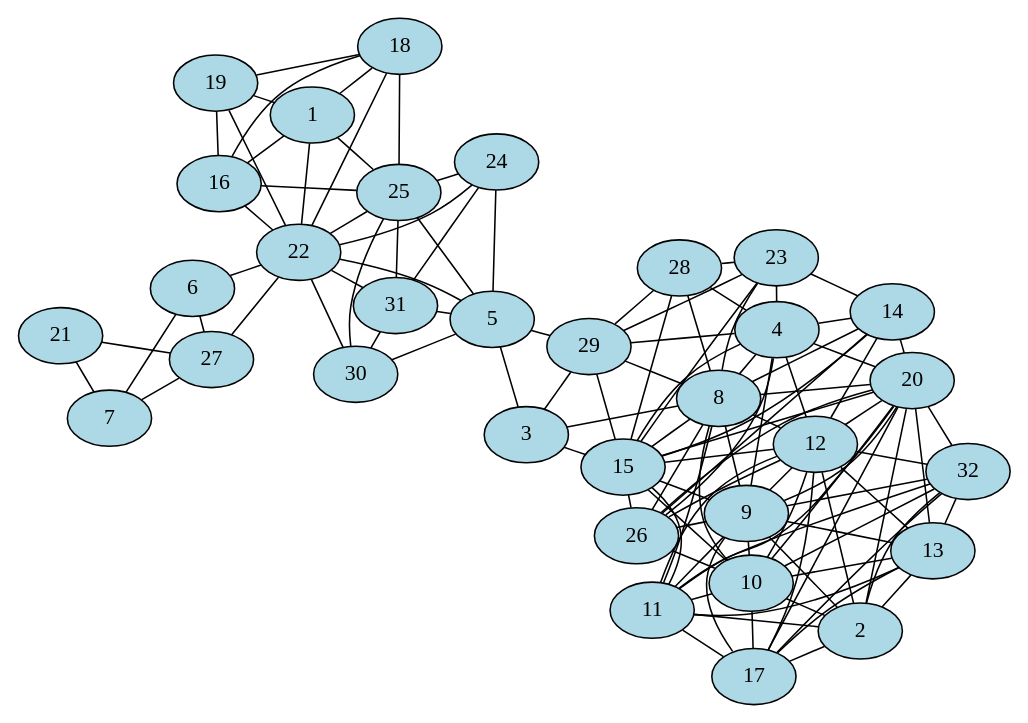
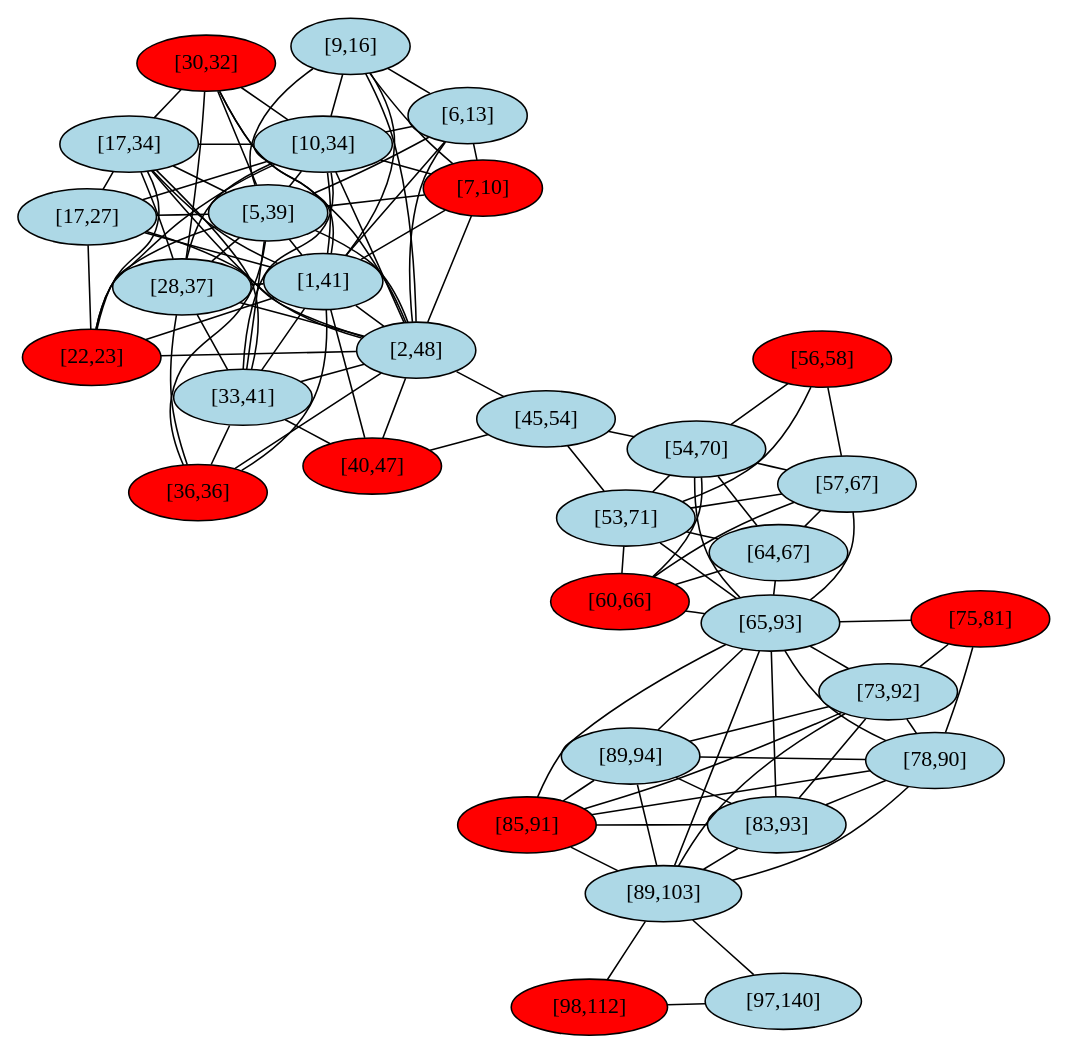
Before and after one commit to atotgerman/DUE_Fscharp: the diagram in intervallumgraf.dot, drawn with Graphviz. The commit also changed 2 other files, not shown here.

```diff
--- a/intervallumgraf.dot
+++ b/intervallumgraf.dot
@@ -1,154 +1,147 @@
 graph G {
   layout=neato;
   overlap=false;
   splines=true;
-  1 [label="1", style=filled, fillcolor=lightblue, tooltip="[21,38]"];
-  2 [label="2", style=filled, fillcolor=lightblue, tooltip="[99,125]"];
-  3 [label="3", style=filled, fillcolor=lightblue, tooltip="[64,68]"];
-  4 [label="4", style=filled, fillcolor=lightblue, tooltip="[70,82]"];
-  5 [label="5", style=filled, fillcolor=lightblue, tooltip="[41,65]"];
-  6 [label="6", style=filled, fillcolor=lightblue, tooltip="[11,19]"];
-  7 [label="7", style=filled, fillcolor=lightblue, tooltip="[4,11]"];
-  8 [label="8", style=filled, fillcolor=lightblue, tooltip="[67,95]"];
-  9 [label="9", style=filled, fillcolor=lightblue, tooltip="[82,99]"];
-  10 [label="10", style=filled, fillcolor=lightblue, tooltip="[86,110]"];
-  11 [label="11", style=filled, fillcolor=lightblue, tooltip="[91,120]"];
-  12 [label="12", style=filled, fillcolor=lightblue, tooltip="[79,114]"];
-  13 [label="13", style=filled, fillcolor=lightblue, tooltip="[97,106]"];
-  14 [label="14", style=filled, fillcolor=lightblue, tooltip="[77,81]"];
-  15 [label="15", style=filled, fillcolor=lightblue, tooltip="[67,92]"];
-  16 [label="16", style=filled, fillcolor=lightblue, tooltip="[26,32]"];
-  17 [label="17", style=filled, fillcolor=lightblue, tooltip="[99,108]"];
-  18 [label="18", style=filled, fillcolor=lightblue, tooltip="[24,35]"];
-  19 [label="19", style=filled, fillcolor=lightblue, tooltip="[23,30]"];
-  20 [label="20", style=filled, fillcolor=lightblue, tooltip="[80,102]"];
-  21 [label="21", style=filled, fillcolor=lightblue, tooltip="[4,4]"];
-  22 [label="22", style=filled, fillcolor=lightblue, tooltip="[14,52]"];
-  23 [label="23", style=filled, fillcolor=lightblue, tooltip="[74,77]"];
-  24 [label="24", style=filled, fillcolor=lightblue, tooltip="[51,52]"];
-  25 [label="25", style=filled, fillcolor=lightblue, tooltip="[31,52]"];
-  26 [label="26", style=filled, fillcolor=lightblue, tooltip="[79,86]"];
-  27 [label="27", style=filled, fillcolor=lightblue, tooltip="[0,18]"];
-  28 [label="28", style=filled, fillcolor=lightblue, tooltip="[72,76]"];
-  29 [label="29", style=filled, fillcolor=lightblue, tooltip="[64,75]"];
-  30 [label="30", style=filled, fillcolor=lightblue, tooltip="[42,49]"];
-  31 [label="31", style=filled, fillcolor=lightblue, tooltip="[48,52]"];
-  32 [label="32", style=filled, fillcolor=lightblue, tooltip="[98,104]"];
+  1 [label="[17,27]", style=filled, fillcolor=lightblue];
+  2 [label="[2,48]", style=filled, fillcolor=lightblue];
+  3 [label="[97,140]", style=filled, fillcolor=lightblue];
+  4 [label="[6,13]", style=filled, fillcolor=lightblue];
+  5 [label="[64,67]", style=filled, fillcolor=lightblue];
+  6 [label="[5,39]", style=filled, fillcolor=lightblue];
+  7 [label="[78,90]", style=filled, fillcolor=lightblue];
+  8 [label="[53,71]", style=filled, fillcolor=lightblue];
+  9 [label="[65,93]", style=filled, fillcolor=lightblue];
+  10 [label="[22,23]", style=filled, fillcolor=red];
+  11 [label="[60,66]", style=filled, fillcolor=red];
+  12 [label="[1,41]", style=filled, fillcolor=lightblue];
+  13 [label="[54,70]", style=filled, fillcolor=lightblue];
+  14 [label="[83,93]", style=filled, fillcolor=lightblue];
+  15 [label="[7,10]", style=filled, fillcolor=red];
+  16 [label="[10,34]", style=filled, fillcolor=lightblue];
+  17 [label="[36,36]", style=filled, fillcolor=red];
+  18 [label="[9,16]", style=filled, fillcolor=lightblue];
+  19 [label="[85,91]", style=filled, fillcolor=red];
+  20 [label="[28,37]", style=filled, fillcolor=lightblue];
+  21 [label="[33,41]", style=filled, fillcolor=lightblue];
+  22 [label="[98,112]", style=filled, fillcolor=red];
+  23 [label="[56,58]", style=filled, fillcolor=red];
+  24 [label="[89,94]", style=filled, fillcolor=lightblue];
+  25 [label="[30,32]", style=filled, fillcolor=red];
+  26 [label="[40,47]", style=filled, fillcolor=red];
+  27 [label="[57,67]", style=filled, fillcolor=lightblue];
+  28 [label="[17,34]", style=filled, fillcolor=lightblue];
+  29 [label="[73,92]", style=filled, fillcolor=lightblue];
+  30 [label="[75,81]", style=filled, fillcolor=red];
+  31 [label="[89,103]", style=filled, fillcolor=lightblue];
+  32 [label="[45,54]", style=filled, fillcolor=lightblue];
+  1 -- 2;
+  1 -- 6;
+  1 -- 10;
+  1 -- 12;
   1 -- 16;
-  1 -- 18;
-  1 -- 19;
-  1 -- 22;
-  1 -- 25;
-  2 -- 9;
+  1 -- 28;
+  2 -- 4;
+  2 -- 6;
   2 -- 10;
-  2 -- 11;
   2 -- 12;
-  2 -- 13;
+  2 -- 15;
+  2 -- 16;
   2 -- 17;
+  2 -- 18;
   2 -- 20;
+  2 -- 21;
+  2 -- 25;
+  2 -- 26;
+  2 -- 28;
   2 -- 32;
-  3 -- 5;
-  3 -- 8;
-  3 -- 15;
-  3 -- 29;
-  4 -- 8;
-  4 -- 9;
+  3 -- 22;
+  3 -- 31;
+  4 -- 6;
   4 -- 12;
-  4 -- 14;
   4 -- 15;
-  4 -- 20;
-  4 -- 23;
-  4 -- 26;
-  4 -- 28;
-  4 -- 29;
-  5 -- 22;
-  5 -- 24;
-  5 -- 25;
-  5 -- 29;
-  5 -- 30;
-  5 -- 31;
-  6 -- 7;
-  6 -- 22;
-  6 -- 27;
-  7 -- 21;
-  7 -- 27;
+  4 -- 16;
+  4 -- 18;
+  5 -- 8;
+  5 -- 9;
+  5 -- 11;
+  5 -- 13;
+  5 -- 27;
+  6 -- 10;
+  6 -- 12;
+  6 -- 15;
+  6 -- 16;
+  6 -- 17;
+  6 -- 18;
+  6 -- 20;
+  6 -- 21;
+  6 -- 25;
+  6 -- 28;
+  7 -- 9;
+  7 -- 14;
+  7 -- 19;
+  7 -- 24;
+  7 -- 29;
+  7 -- 30;
+  7 -- 31;
   8 -- 9;
-  8 -- 10;
   8 -- 11;
-  8 -- 12;
-  8 -- 14;
-  8 -- 15;
-  8 -- 20;
+  8 -- 13;
   8 -- 23;
-  8 -- 26;
-  8 -- 28;
-  8 -- 29;
-  9 -- 10;
+  8 -- 27;
+  8 -- 32;
   9 -- 11;
-  9 -- 12;
   9 -- 13;
-  9 -- 15;
-  9 -- 17;
-  9 -- 20;
-  9 -- 26;
-  9 -- 32;
-  10 -- 11;
+  9 -- 14;
+  9 -- 19;
+  9 -- 24;
+  9 -- 27;
+  9 -- 29;
+  9 -- 30;
+  9 -- 31;
   10 -- 12;
-  10 -- 13;
-  10 -- 15;
-  10 -- 17;
-  10 -- 20;
-  10 -- 26;
-  10 -- 32;
-  11 -- 12;
+  10 -- 16;
+  10 -- 28;
   11 -- 13;
-  11 -- 15;
-  11 -- 17;
-  11 -- 20;
-  11 -- 32;
-  12 -- 13;
-  12 -- 14;
+  11 -- 27;
   12 -- 15;
+  12 -- 16;
   12 -- 17;
+  12 -- 18;
   12 -- 20;
+  12 -- 21;
+  12 -- 25;
   12 -- 26;
-  12 -- 32;
-  13 -- 17;
-  13 -- 20;
+  12 -- 28;
+  13 -- 23;
+  13 -- 27;
   13 -- 32;
-  14 -- 15;
-  14 -- 20;
-  14 -- 23;
-  14 -- 26;
-  15 -- 20;
-  15 -- 23;
-  15 -- 26;
-  15 -- 28;
-  15 -- 29;
+  14 -- 19;
+  14 -- 24;
+  14 -- 29;
+  14 -- 31;
+  15 -- 16;
+  15 -- 18;
   16 -- 18;
-  16 -- 19;
-  16 -- 22;
+  16 -- 20;
+  16 -- 21;
   16 -- 25;
+  16 -- 28;
   17 -- 20;
-  17 -- 32;
-  18 -- 19;
-  18 -- 22;
-  18 -- 25;
-  19 -- 22;
-  20 -- 26;
-  20 -- 32;
-  21 -- 27;
-  22 -- 24;
-  22 -- 25;
-  22 -- 27;
-  22 -- 30;
+  17 -- 21;
+  19 -- 24;
+  19 -- 29;
+  19 -- 31;
+  20 -- 21;
+  20 -- 25;
+  20 -- 28;
+  21 -- 26;
+  21 -- 28;
   22 -- 31;
-  23 -- 28;
-  23 -- 29;
-  24 -- 25;
+  23 -- 27;
+  24 -- 29;
   24 -- 31;
-  25 -- 30;
-  25 -- 31;
-  28 -- 29;
-  30 -- 31;
+  25 -- 28;
+  26 -- 32;
+  29 -- 30;
+  29 -- 31;
 }
```
